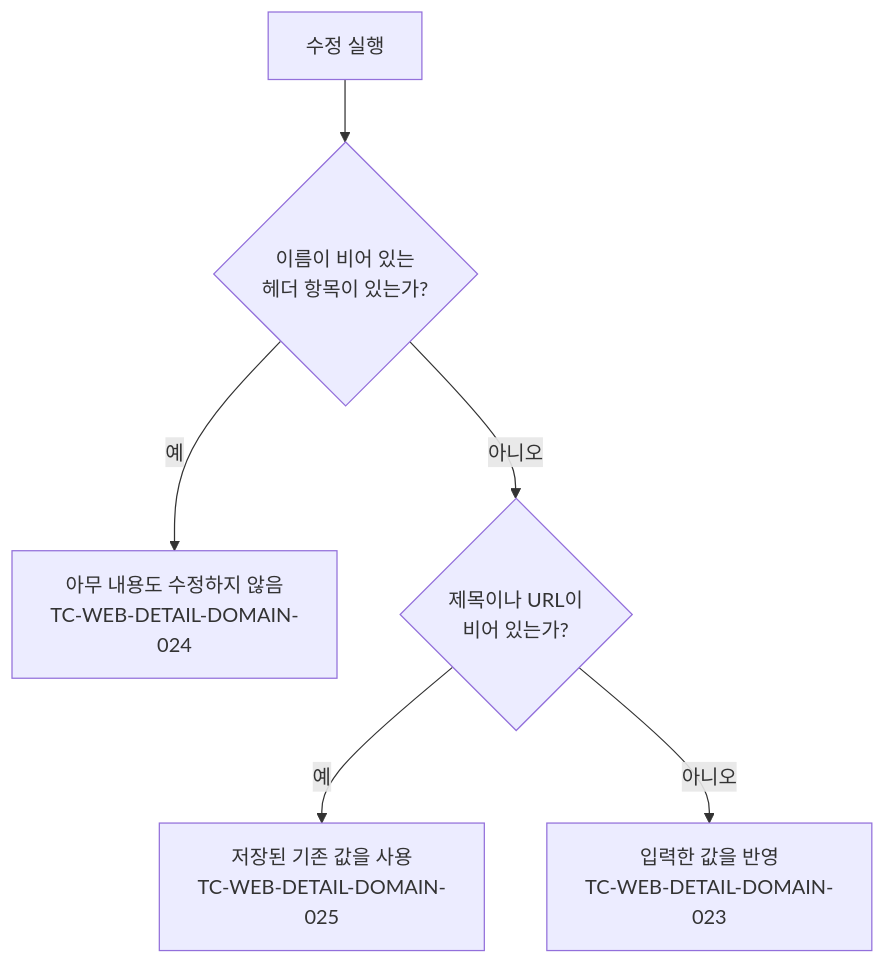
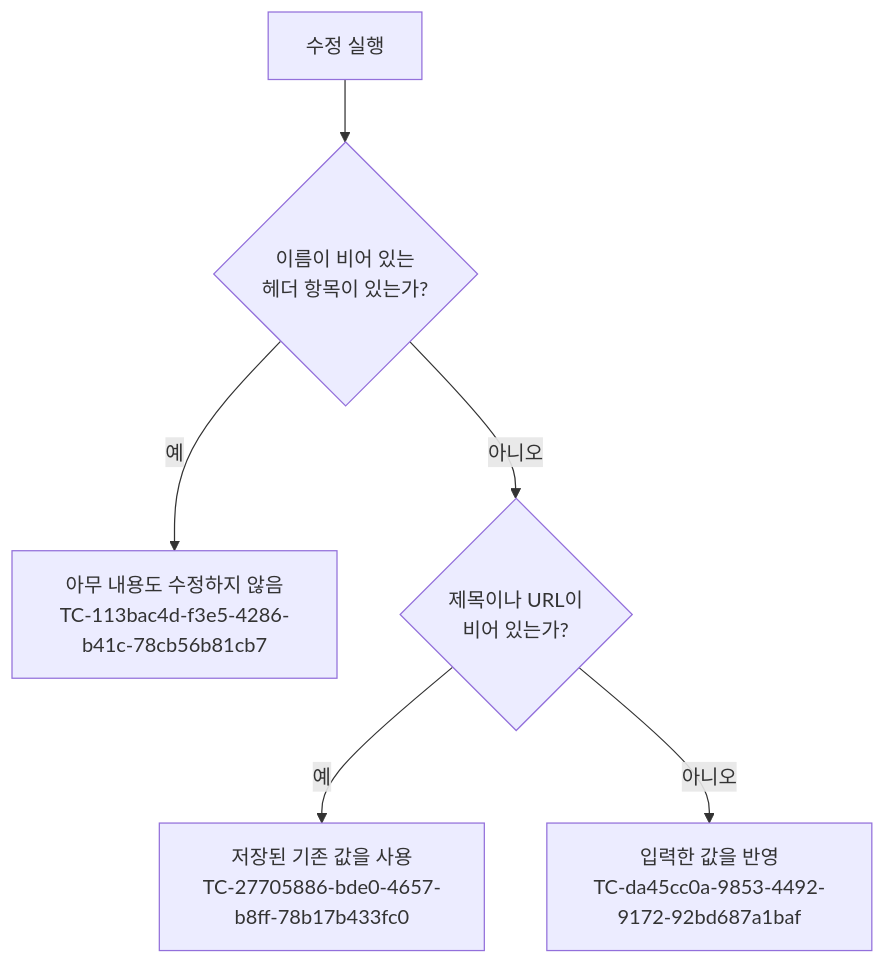
Before and after one commit to taetae98coding/DiaryKMP: the second of 2 diagrams in docs/testcase/web-detail.md, drawn with Mermaid. The commit also changed other lines of this file and 1177 other files, not shown here.

````diff
--- a/docs/testcase/web-detail.md
+++ b/docs/testcase/web-detail.md
@@ -615,8 +615,8 @@
 ```mermaid
 flowchart TD
     start["수정 실행"] --> header{"이름이 비어 있는<br/>헤더 항목이 있는가?"}
-    header -- 예 --> reject["아무 내용도 수정하지 않음<br/>TC-WEB-DETAIL-DOMAIN-024"]
+    header -- 예 --> reject["아무 내용도 수정하지 않음<br/>TC-113bac4d-f3e5-4286-b41c-78cb56b81cb7"]
     header -- 아니오 --> empty{"제목이나 URL이<br/>비어 있는가?"}
-    empty -- 예 --> keep["저장된 기존 값을 사용<br/>TC-WEB-DETAIL-DOMAIN-025"]
-    empty -- 아니오 --> apply["입력한 값을 반영<br/>TC-WEB-DETAIL-DOMAIN-023"]
+    empty -- 예 --> keep["저장된 기존 값을 사용<br/>TC-27705886-bde0-4657-b8ff-78b17b433fc0"]
+    empty -- 아니오 --> apply["입력한 값을 반영<br/>TC-da45cc0a-9853-4492-9172-92bd687a1baf"]
 ```
````
